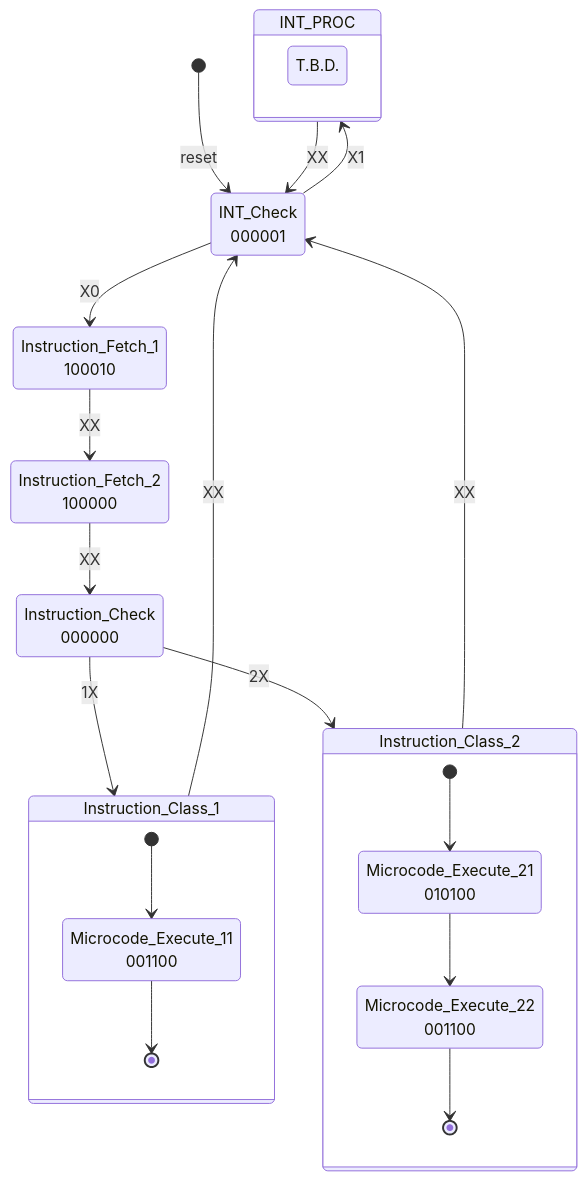
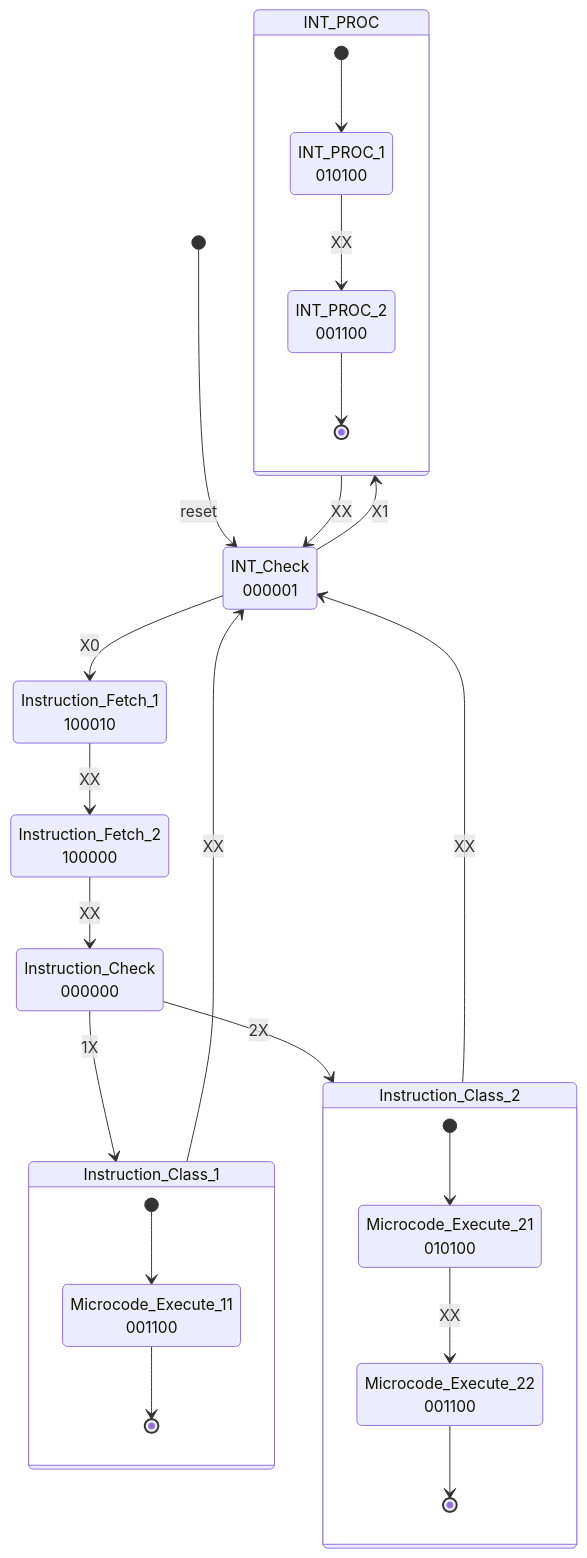
Before and after one commit to terapotan/NC16: the diagram in doc/Instruction_Decoder_Specification.md, drawn with Mermaid. The commit also changed other lines of this file and 11 other files, not shown here.

````diff
--- a/doc/Instruction_Decoder_Specification.md
+++ b/doc/Instruction_Decoder_Specification.md
@@ -88,37 +89,39 @@
 ```mermaid
 stateDiagram-v2
     state INT_PROC{
-        T.B.D.
+        [*] --> INT_PROC_1<br>010100 
+        INT_PROC_1<br>010100 --> INT_PROC_2<br>001100 :XX
+        INT_PROC_2<br>001100 --> [*] 
     }
     state Instruction_Class_1{
-        [*] --> Microcode_Execute_11<br>001100
+        [*] --> Microcode_Execute_11<br>001100 
         Microcode_Execute_11<br>001100 --> [*]
     }
 
     state Instruction_Class_2{
         [*] --> Microcode_Execute_21<br>010100
 
-        Microcode_Execute_21<br>010100 --> Microcode_Execute_22<br>001100
+        Microcode_Execute_21<br>010100 --> Microcode_Execute_22<br>001100 :XX
 
         Microcode_Execute_22<br>001100 --> [*]
     }
 
 
     [*] --> INT_Check<br>000001: reset
     INT_Check<br>000001 --> Instruction_Fetch_1<br>100010: X0
 
     INT_Check<br>000001 --> INT_PROC:X1
     INT_PROC --> INT_Check<br>000001:XX
 
     Instruction_Fetch_1<br>100010 --> Instruction_Fetch_2<br>100000 : XX
 
     Instruction_Fetch_2<br>100000 --> Instruction_Check<br>000000 : XX
 
     Instruction_Check<br>000000 --> Instruction_Class_1 : 1X
 
     Instruction_Class_1 --> INT_Check<br>000001 :XX
 
     Instruction_Check<br>000000 --> Instruction_Class_2 : 2X
 
     Instruction_Class_2 --> INT_Check<br>000001 :XX
 ```
````
